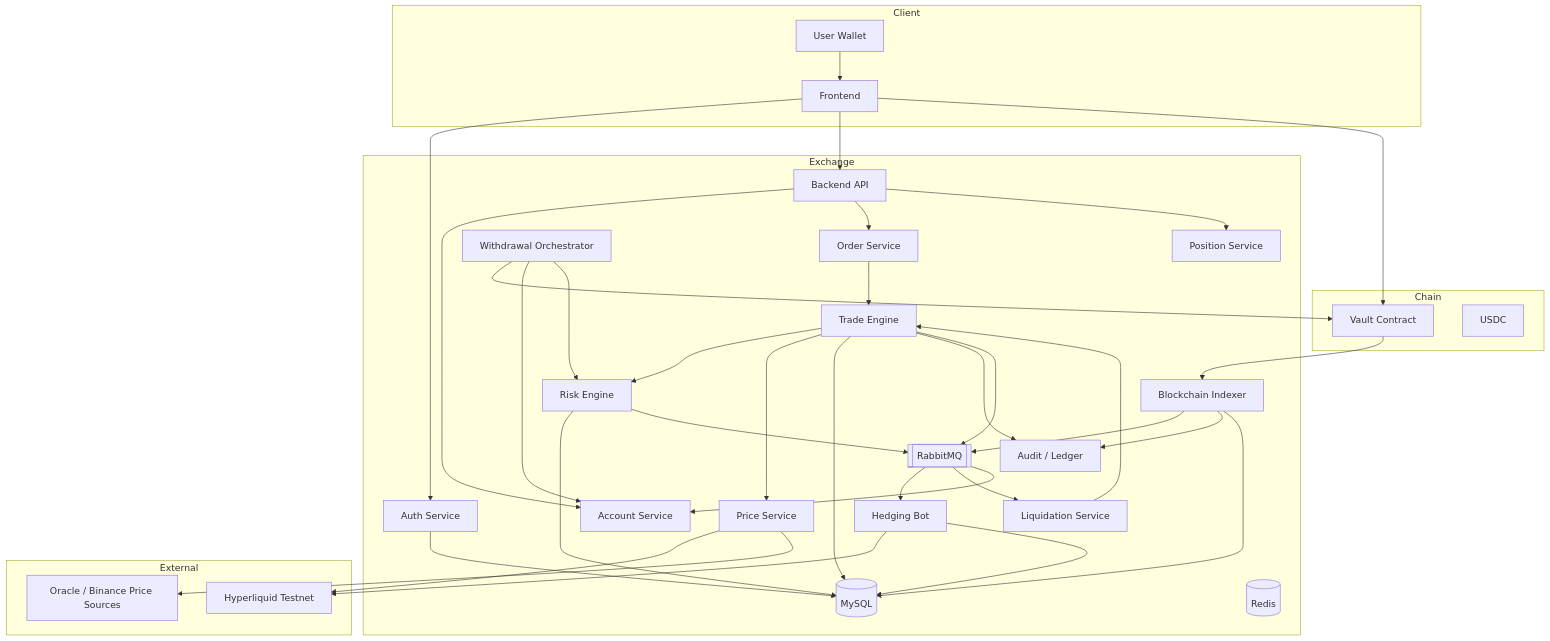
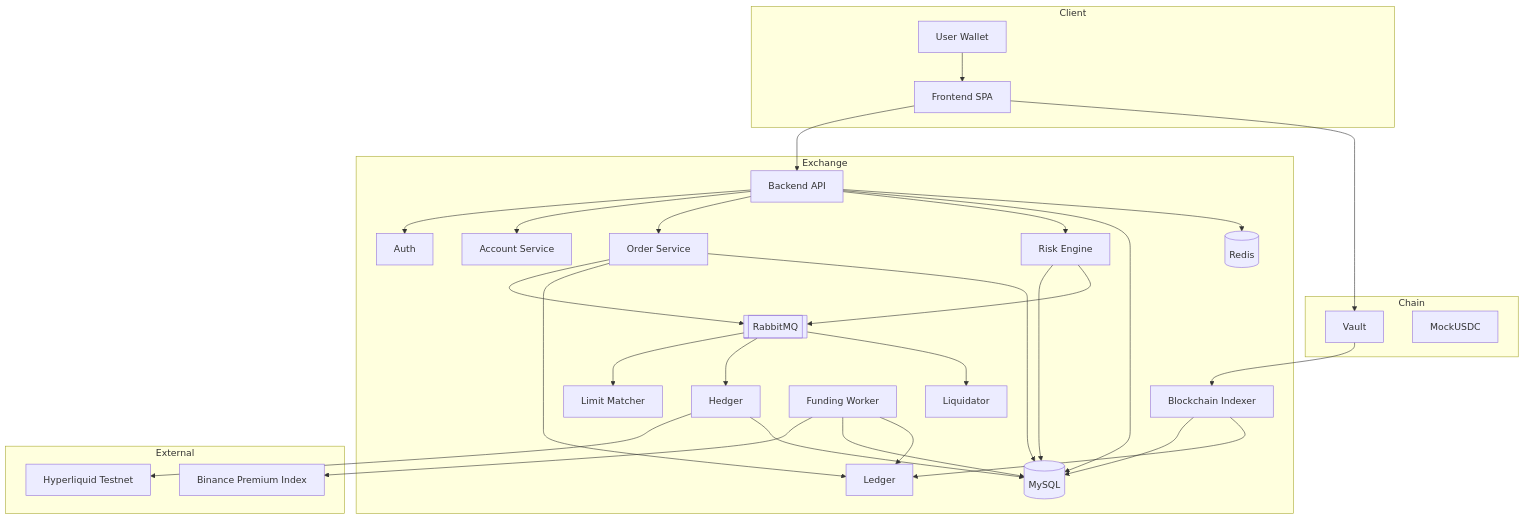
The first of 6 diagrams in Architecture.md (AboAuther/RGPerp), drawn with Mermaid before and after one commit. The commit also changed other lines of this file and 18 other files, not shown here.

````diff
--- a/Architecture.md
+++ b/Architecture.md
@@ -16,76 +14,67 @@
 ```mermaid
 flowchart TD
     subgraph Client
         U[User Wallet]
-        FE[Frontend]
+        FE[Frontend SPA]
     end
 
     subgraph Exchange
         API[Backend API]
-        AUTH[Auth Service]
+        AUTH[Auth]
         ACC[Account Service]
         ORD[Order Service]
-        POS[Position Service]
-        ENG[Trade Engine]
         RISK[Risk Engine]
-        LIQ[Liquidation Service]
-        PRICE[Price Service]
-        HEDGE[Hedging Bot]
+        MATCHER[Limit Matcher]
+        LIQ[Liquidator]
+        HEDGE[Hedger]
+        FUND[Funding Worker]
         IDX[Blockchain Indexer]
-        WD[Withdrawal Orchestrator]
-        AUDIT[Audit / Ledger]
-        MQ[[RabbitMQ]]
+        LEDGER[Ledger]
         DB[(MySQL)]
         REDIS[(Redis)]
+        MQ[[RabbitMQ]]
     end
 
     subgraph Chain
-        VAULT[Vault Contract]
-        USDC[USDC]
+        VAULT[Vault]
+        USDC[MockUSDC]
     end
 
     subgraph External
         HL[Hyperliquid Testnet]
-        ORACLE[Oracle / Binance Price Sources]
+        BINANCE[Binance Premium Index]
     end
 
     U --> FE
-    FE --> AUTH
     FE --> API
     FE --> VAULT
 
-    AUTH --> DB
+    API --> AUTH
     API --> ACC
     API --> ORD
-    API --> POS
+    API --> RISK
+    API --> DB
+    API --> REDIS
 
-    ORD --> ENG
-    ENG --> RISK
-    ENG --> PRICE
-    ENG --> DB
-    ENG --> AUDIT
-    ENG --> MQ
+    ORD --> MQ
+    ORD --> LEDGER
+    ORD --> DB
 
+    VAULT --> IDX
+    IDX --> DB
+    IDX --> LEDGER
+
+    MQ --> MATCHER
     MQ --> HEDGE
     MQ --> LIQ
 
-    RISK --> DB
-    RISK --> MQ
-    LIQ --> ENG
-
-    VAULT --> IDX
-    IDX --> MQ
-    MQ --> ACC
-    IDX --> AUDIT
-    IDX --> DB
-
-    WD --> VAULT
-    WD --> ACC
-    WD --> RISK
+    FUND --> BINANCE
+    FUND --> DB
+    FUND --> LEDGER
 
     HEDGE --> HL
     HEDGE --> DB
 
-    PRICE --> HL
-    PRICE --> ORACLE
+    RISK --> DB
+    RISK --> MQ
 ```
````
